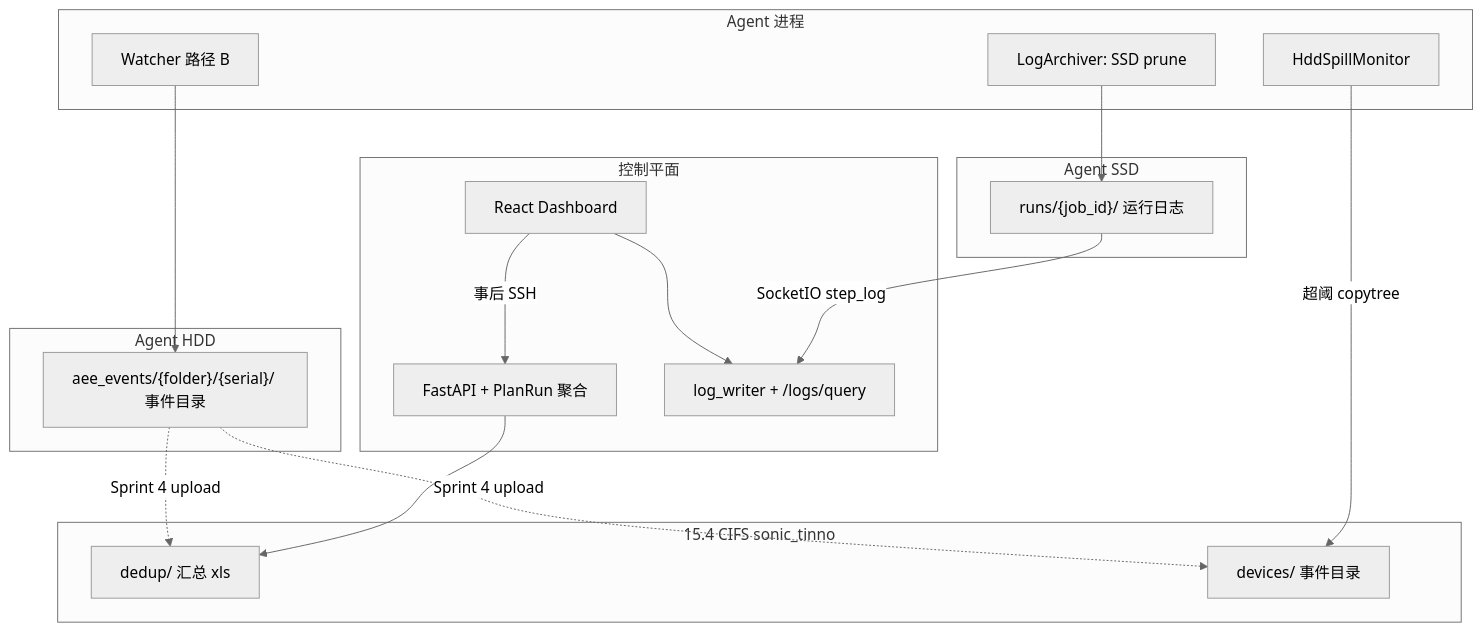
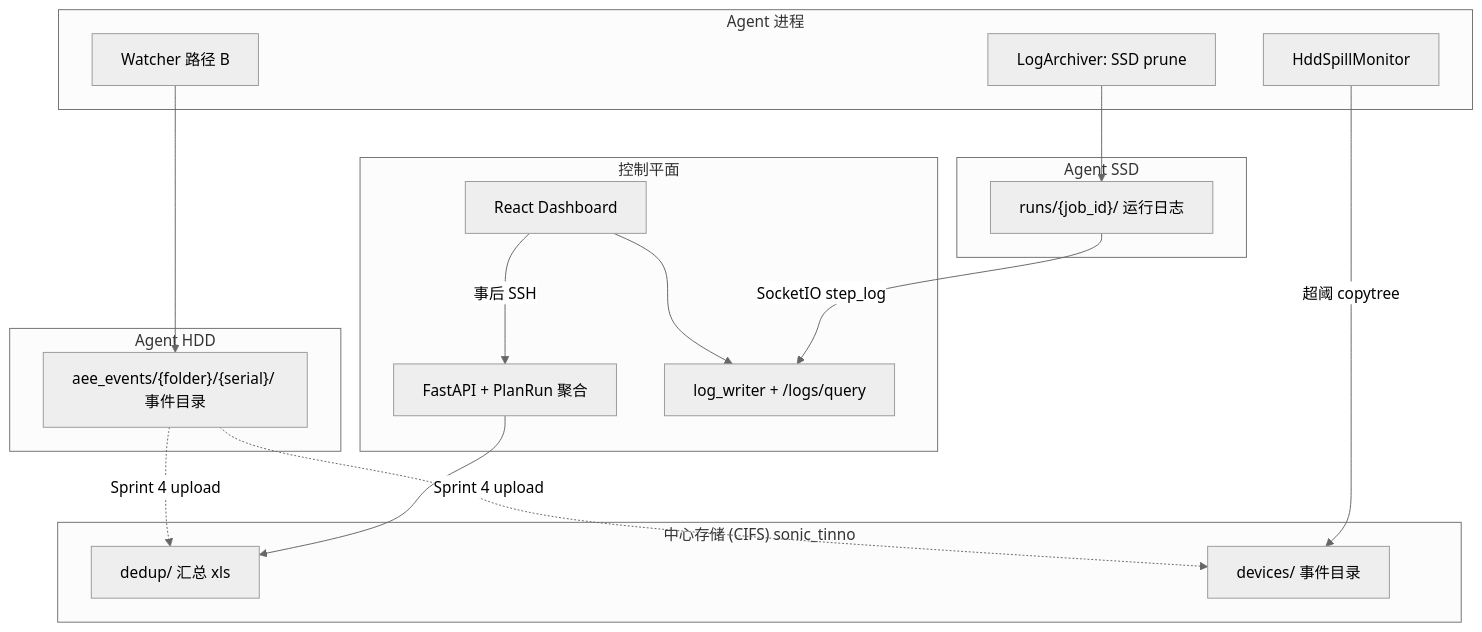
Before and after one commit to DUElost/stability-test-platform: the diagram in docs/design/2026-plan-c-storage-and-access.md, drawn with Mermaid (neutral theme). The commit also changed other lines of this file and 25 other files, not shown here.

First line of the commit message:
docs: 统一存储术语 — 15.4 CIFS/NFS → 中心存储（CIFS）

````diff
--- a/docs/design/2026-plan-c-storage-and-access.md
+++ b/docs/design/2026-plan-c-storage-and-access.md
@@ -13,33 +16,33 @@
 ```mermaid
 flowchart TB
   subgraph Agent_SSD["Agent SSD"]
     RL["runs/{job_id}/ 运行日志"]
   end
   subgraph Agent_HDD["Agent HDD"]
     AEE["aee_events/{folder}/{serial}/ 事件目录"]
   end
   subgraph Agent_Proc["Agent 进程"]
     W["Watcher 路径 B"]
     LA["LogArchiver: SSD prune"]
     HS["HddSpillMonitor"]
   end
-  subgraph CIFS["15.4 CIFS sonic_tinno"]
+  subgraph CIFS["中心存储 (CIFS) sonic_tinno"]
     DEDUP["dedup/ 汇总 xls"]
     DEV["devices/ 事件目录"]
   end
   subgraph CP["控制平面"]
     API["FastAPI + PlanRun 聚合"]
     UI["React Dashboard"]
     LW["log_writer + /logs/query"]
   end
 
   W --> AEE
   LA --> RL
   HS -->|"超阈 copytree"| DEV
   RL -->|"SocketIO step_log"| LW
   UI --> LW
   UI -->|"事后 SSH"| API
   API --> DEDUP
   AEE -.->|"Sprint 4 upload"| DEDUP
   AEE -.->|"Sprint 4 upload"| DEV
 ```
````
